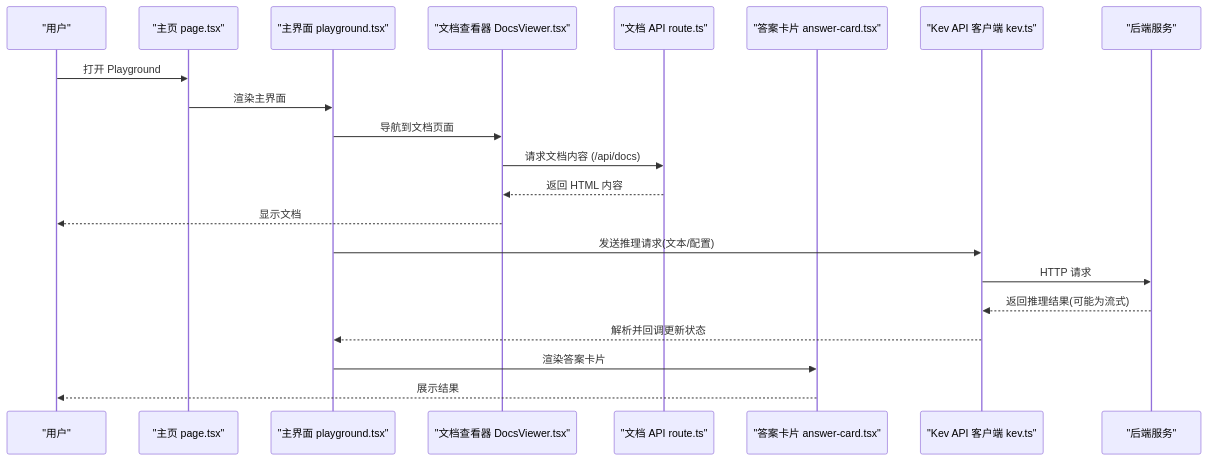
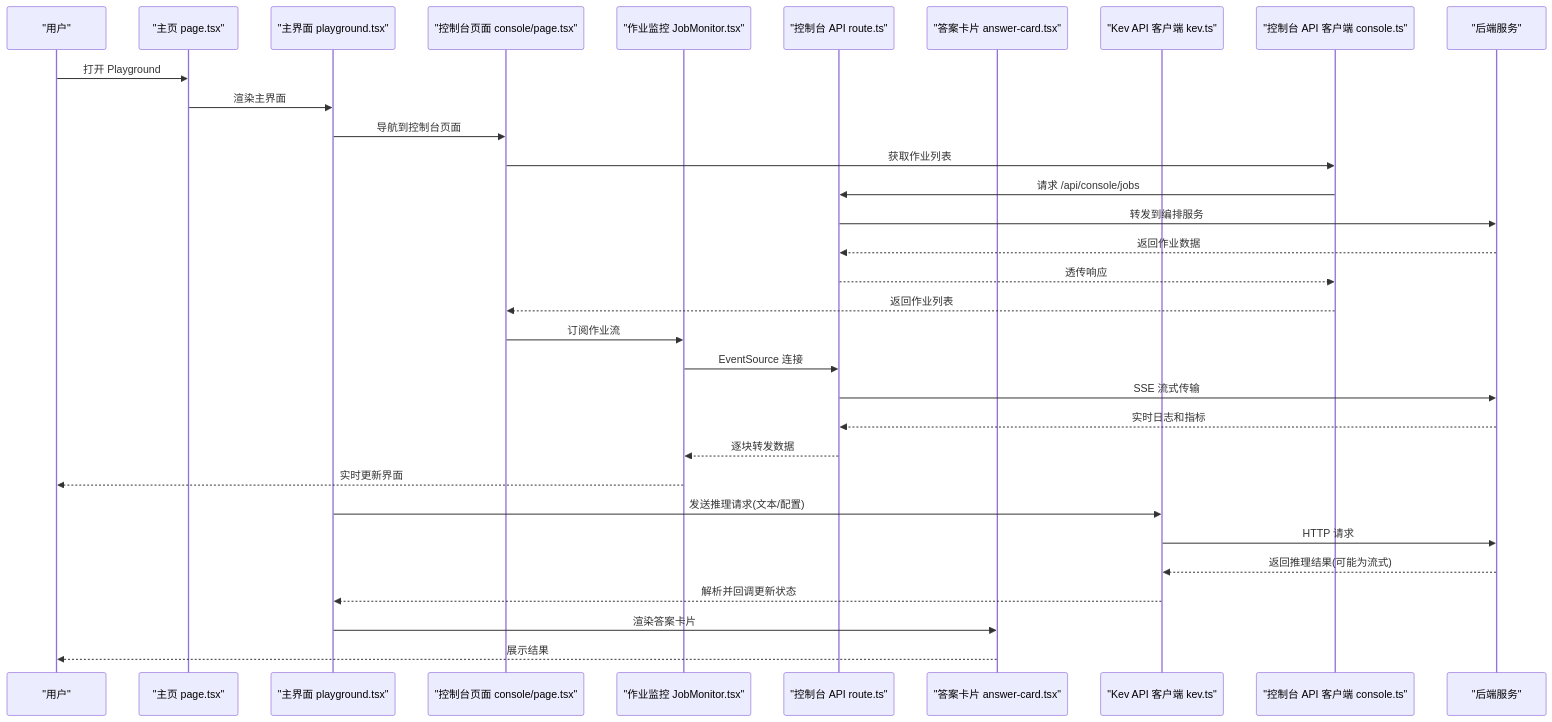
Before and after one commit to joezxh/kev: the second of 6 diagrams in .qoder/repowiki/zh/content/Playground 界面.md, drawn with Mermaid. The commit also changed other lines of this file and 70 other files, not shown here.

````diff
--- a/.qoder/repowiki/zh/content/Playground 界面.md
+++ b/.qoder/repowiki/zh/content/Playground 界面.md
@@ -151,23 +205,34 @@
 ```mermaid
 sequenceDiagram
 participant U as "用户"
 participant P as "主页 page.tsx"
 participant PG as "主界面 playground.tsx"
-participant DV as "文档查看器 DocsViewer.tsx"
-participant API as "文档 API route.ts"
+participant CV as "控制台页面 console/page.tsx"
+participant JM as "作业监控 JobMonitor.tsx"
+participant API as "控制台 API route.ts"
 participant AC as "答案卡片 answer-card.tsx"
 participant KV as "Kev API 客户端 kev.ts"
+participant CC as "控制台 API 客户端 console.ts"
 participant S as "后端服务"
 U->>P : 打开 Playground
 P->>PG : 渲染主界面
-PG->>DV : 导航到文档页面
-DV->>API : 请求文档内容 (/api/docs)
-API-->>DV : 返回 HTML 内容
-DV-->>U : 显示文档
+PG->>CV : 导航到控制台页面
+CV->>CC : 获取作业列表
+CC->>API : 请求 /api/console/jobs
+API->>S : 转发到编排服务
+S-->>API : 返回作业数据
+API-->>CC : 透传响应
+CC-->>CV : 返回作业列表
+CV->>JM : 订阅作业流
+JM->>API : EventSource 连接
+API->>S : SSE 流式传输
+S-->>API : 实时日志和指标
+API-->>JM : 逐块转发数据
+JM-->>U : 实时更新界面
 PG->>KV : 发送推理请求(文本/配置)
 KV->>S : HTTP 请求
 S-->>KV : 返回推理结果(可能为流式)
 KV-->>PG : 解析并回调更新状态
 PG->>AC : 渲染答案卡片
 AC-->>U : 展示结果
 ```
````
